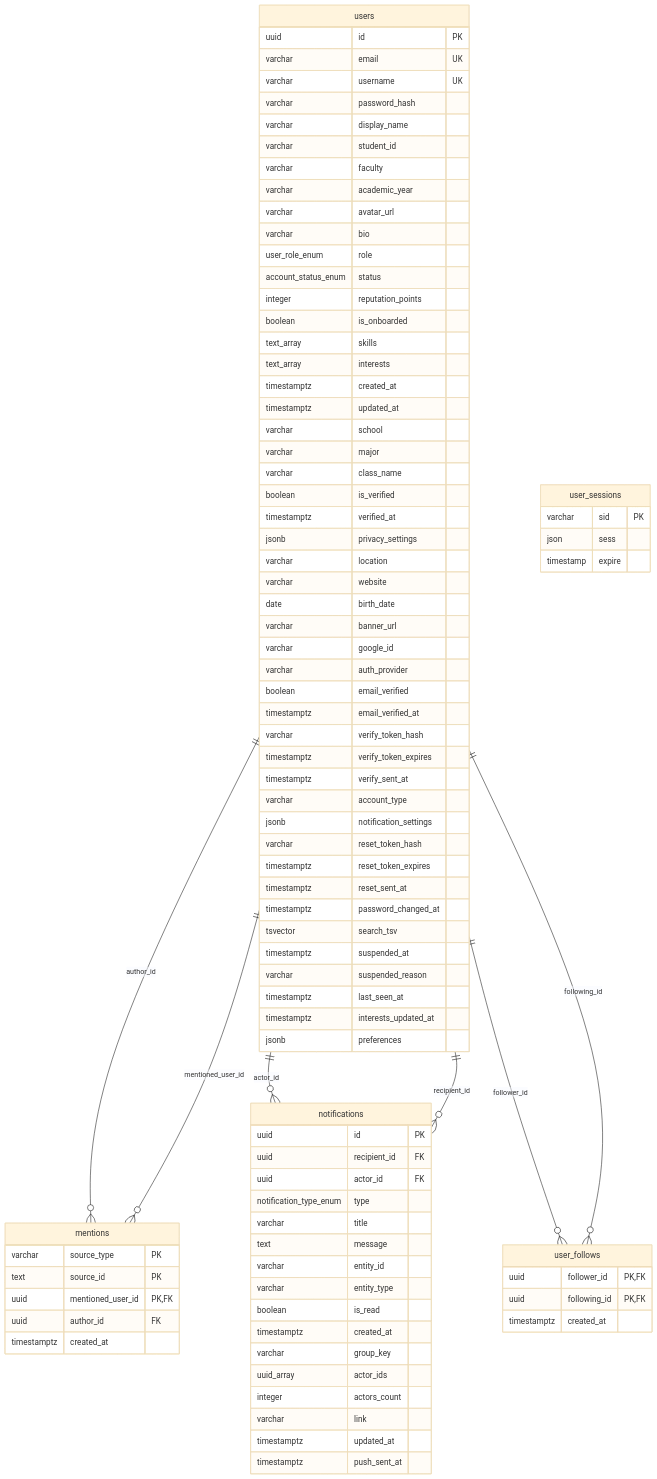
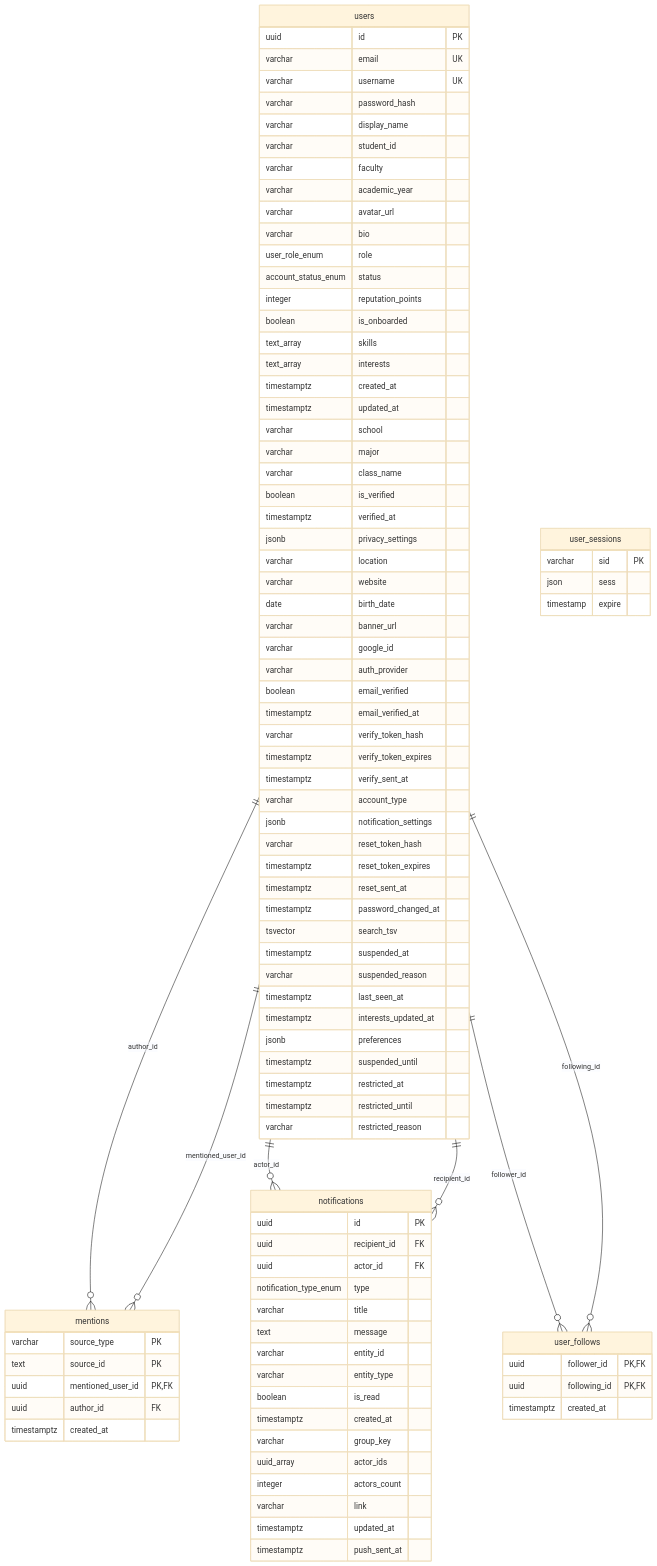
Before and after one commit to nhatcoi/pu-connect: the second of 7 diagrams in docs/diagrams/04-erd.md, drawn with Mermaid (base theme). The commit also changed other lines of this file and 2 other files, not shown here.

Commit message:
docs(admin): tiered sanctions, restriction guard, ERD

```diff
--- a/docs/diagrams/04-erd.md
+++ b/docs/diagrams/04-erd.md
@@ -144,6 +147,10 @@
     timestamptz last_seen_at
     timestamptz interests_updated_at
     jsonb preferences
+    timestamptz suspended_until
+    timestamptz restricted_at
+    timestamptz restricted_until
+    varchar restricted_reason
   }
   user_follows {
     uuid follower_id PK,FK
```
